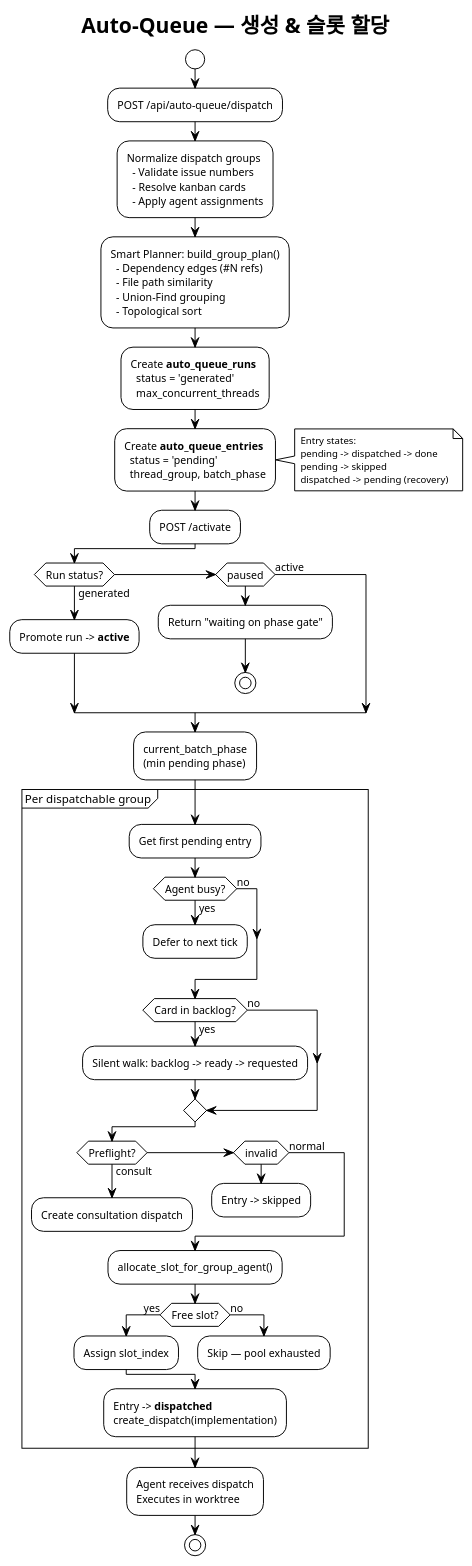
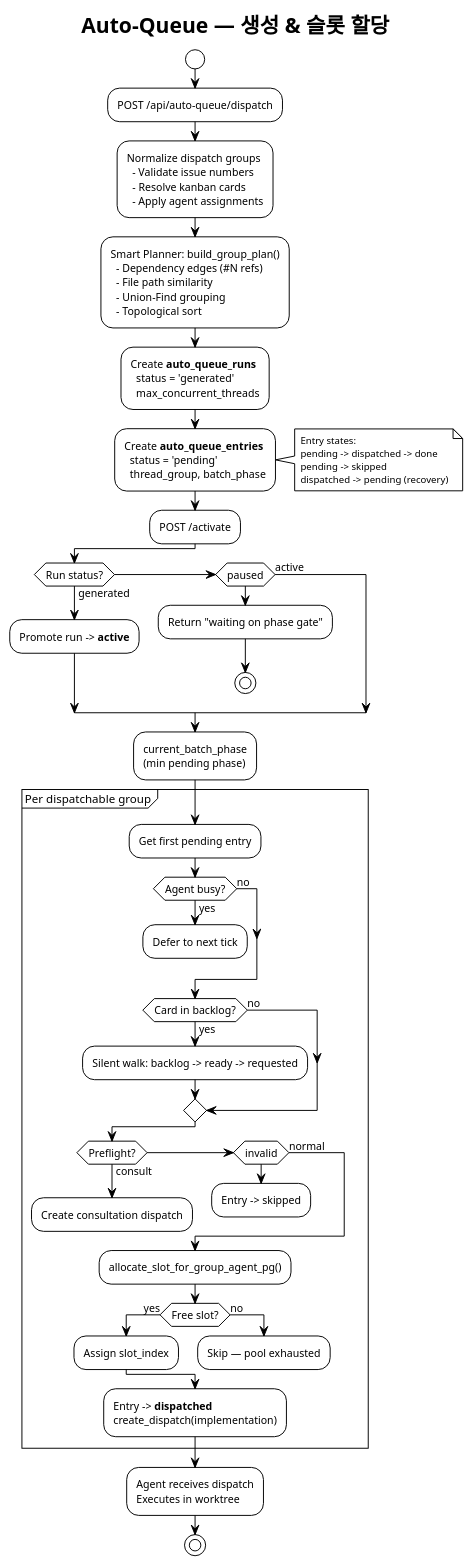
The diagram in docs/diagrams/03a-auto-queue-creation.md (itismyfield/AgentDesk), drawn with PlantUML before and after one commit. The commit also changed 9 other files, not shown here.

```diff
--- a/docs/diagrams/03a-auto-queue-creation.md
+++ b/docs/diagrams/03a-auto-queue-creation.md
@@ -76,7 +76,7 @@
   else (normal)
   endif
 
-  :allocate_slot_for_group_agent();
+  :allocate_slot_for_group_agent_pg();
 
   if (Free slot?) then (yes)
     :Assign slot_index;
```
